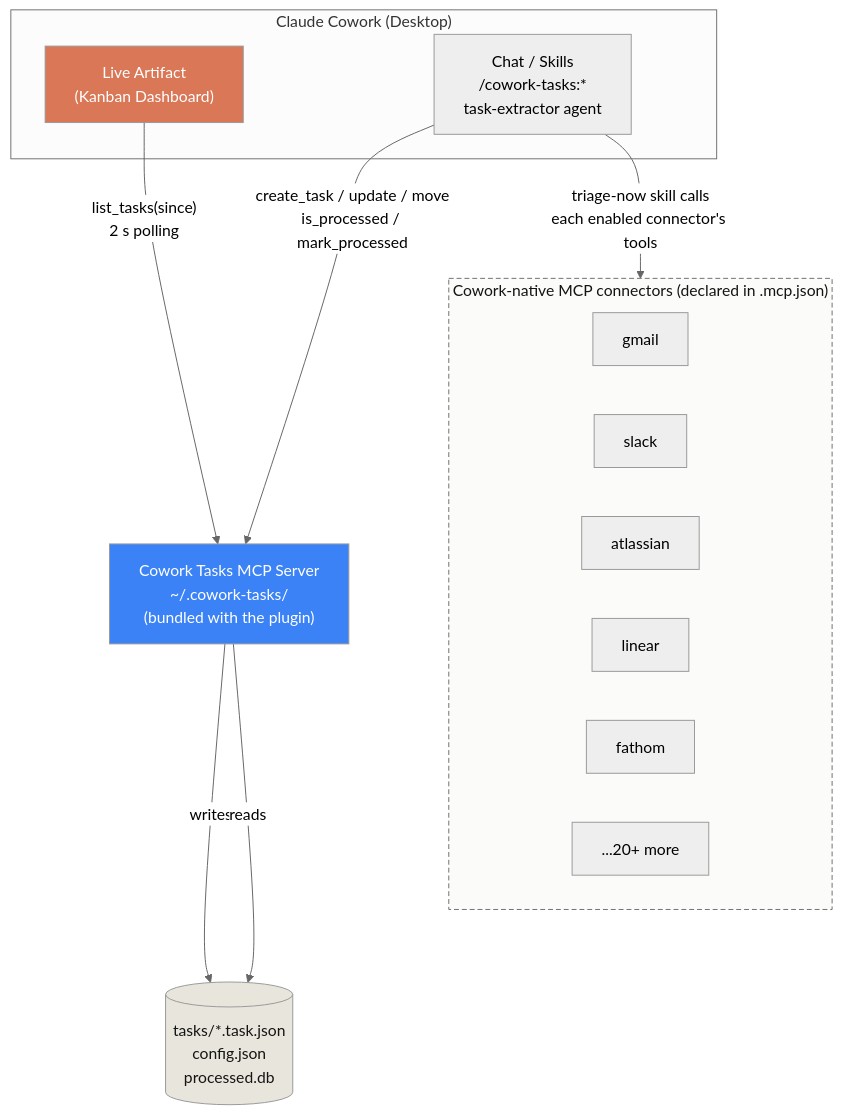
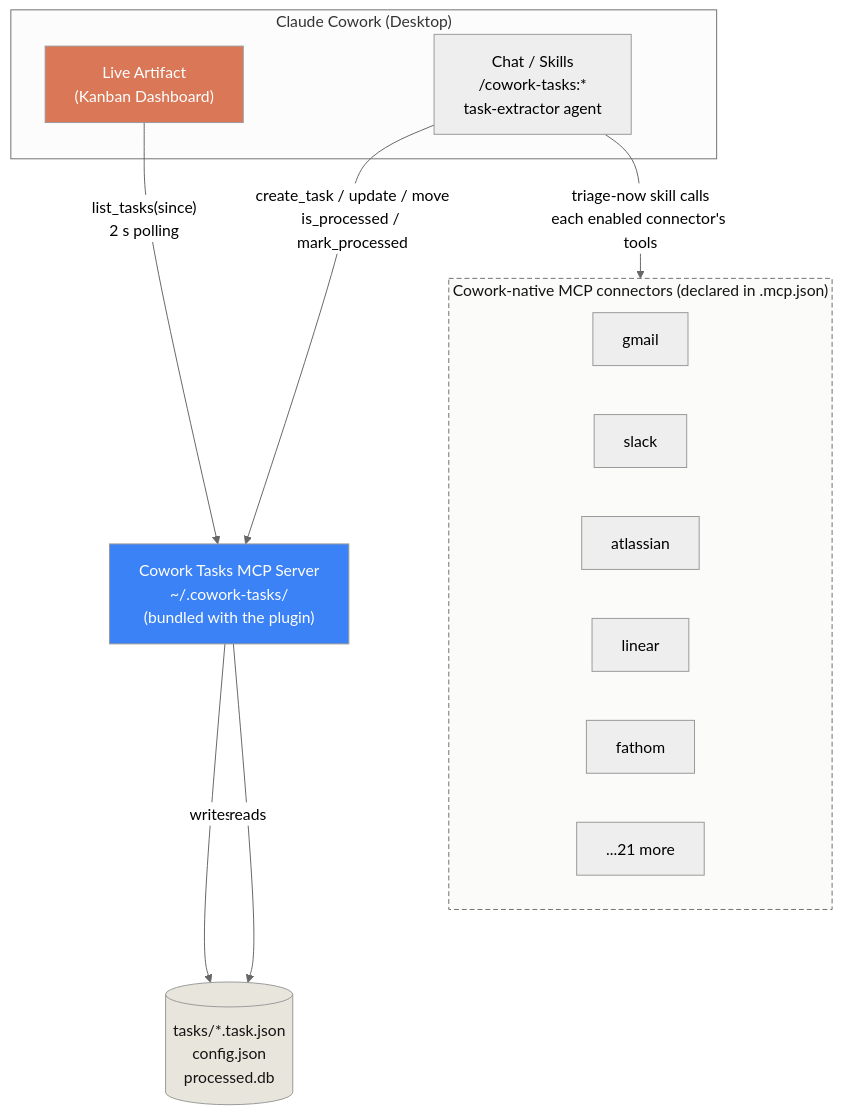
The diagram in docs/architecture.md (sabbah13/cowork-tasks), drawn with Mermaid (neutral theme) before and after one commit. The commit also changed other lines of this file and 19 other files, not shown here.

````diff
--- a/docs/architecture.md
+++ b/docs/architecture.md
@@ -5,30 +5,30 @@
 ```mermaid
 flowchart TB
     subgraph Cowork["Claude Cowork (Desktop)"]
         Artifact["Live Artifact<br/>(Kanban Dashboard)"]
         Chat["Chat / Skills<br/>/cowork-tasks:*<br/>task-extractor agent"]
     end
 
     MCP["Cowork Tasks MCP Server<br/>~/.cowork-tasks/<br/>(bundled with the plugin)"]
     Files[("tasks/*.task.json<br/>config.json<br/>processed.db")]
 
     subgraph Native["Cowork-native MCP connectors (declared in .mcp.json)"]
         Gmail["gmail"]
         Slack["slack"]
         Atlassian["atlassian"]
         Linear["linear"]
         Fathom["fathom"]
-        Others["...20+ more"]
+        Others["...21 more"]
     end
 
     Artifact -- "list_tasks(since)<br/>2 s polling" --> MCP
     Chat -- "create_task / update / move<br/>is_processed / mark_processed" --> MCP
     Chat -- "triage-now skill calls<br/>each enabled connector's tools" --> Native
     MCP -- "writes" --> Files
     MCP -- "reads" --> Files
 
     style Artifact fill:#d97757,color:#fff
     style MCP fill:#3b82f6,color:#fff
     style Files fill:#e8e6dc,color:#141413
     style Native fill:#fbfbfa,stroke-dasharray:5 3,color:#141413
 ```
````
